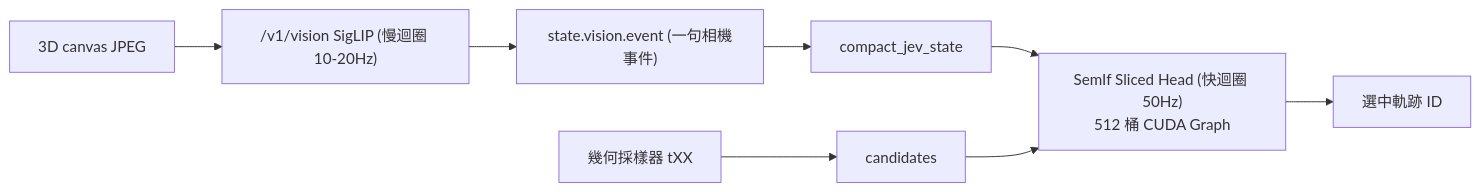
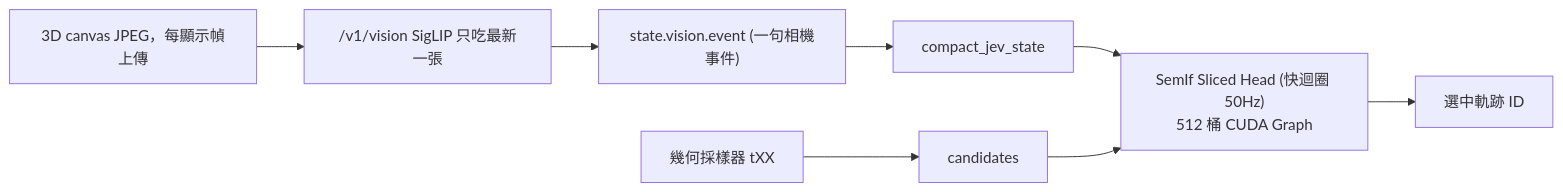
One commit to EndeavorYen/SemArbiter changed the diagram in docs/tutorials/12_jevpilot_vision.md. Above: the diagram before and after it, drawn with Mermaid. The commit also changed other lines of this file and 4 other files, not shown here.

````diff
--- a/docs/tutorials/12_jevpilot_vision.md
+++ b/docs/tutorials/12_jevpilot_vision.md
@@ -39,10 +39,10 @@
 ```mermaid
 flowchart LR
-    Canvas["3D canvas JPEG"] --> Vision["/v1/vision SigLIP (慢迴圈 10-20Hz)"]
+    Canvas["3D canvas JPEG，每顯示幀上傳"] --> Vision["/v1/vision SigLIP 只吃最新一張"]
     Vision --> Evidence["state.vision.event (一句相機事件)"]
     Sampler["幾何採樣器 tXX"] --> Cands["candidates"]
     Evidence --> State["compact_jev_state"]
     State --> SemIf["SemIf Sliced Head (快迴圈 50Hz)<br/>512 桶 CUDA Graph"]
     Cands --> SemIf
     SemIf --> Pick["選中軌跡 ID"]
 ```
````
